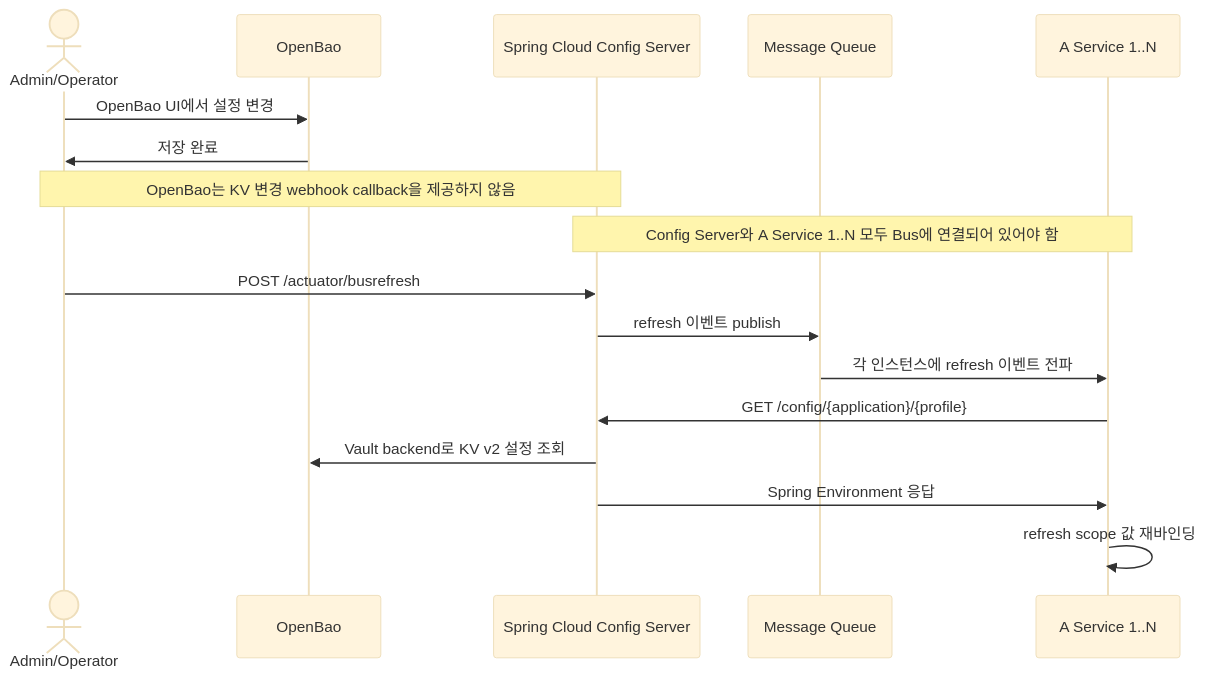
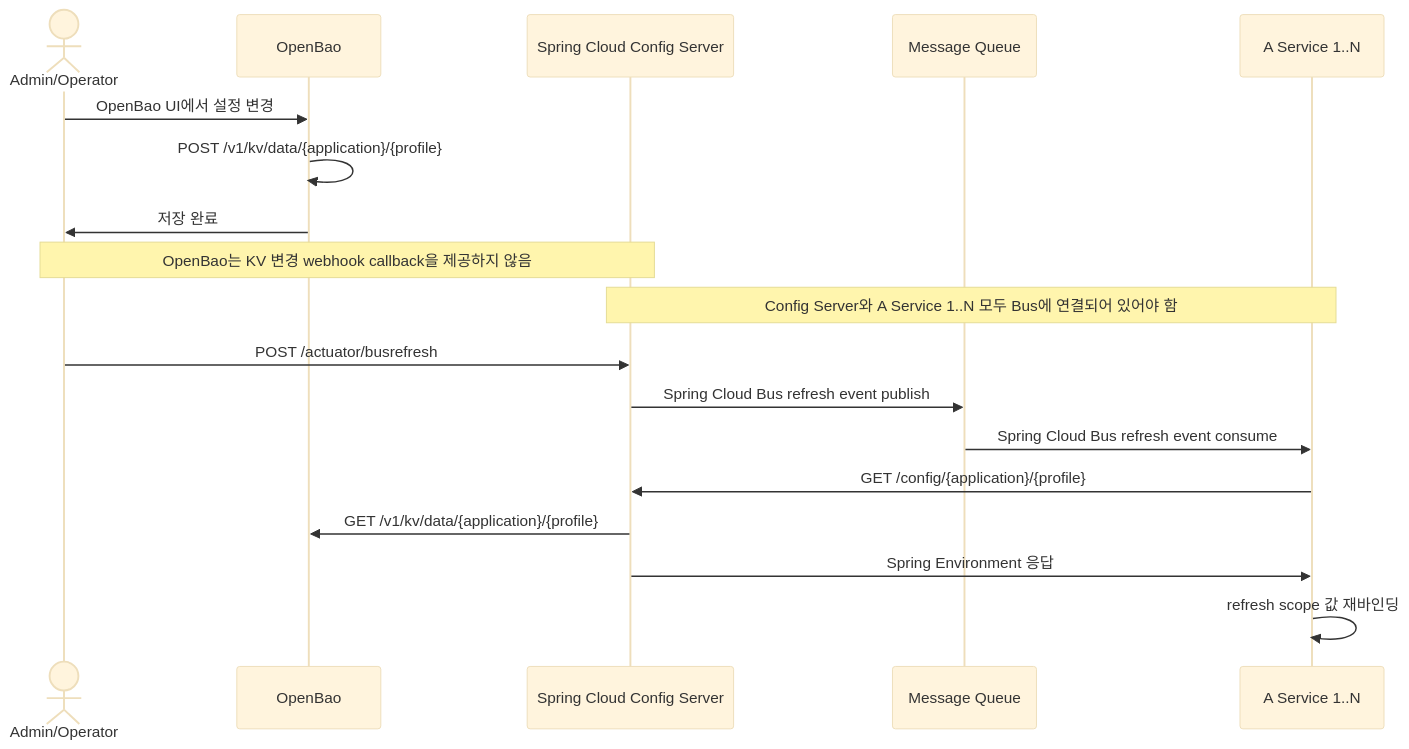
One commit to Hyune-s-lab/my-spring-cloud-config changed the second of 2 diagrams in README.md. Above: the diagram before and after it, drawn with Mermaid (base theme). The commit also changed other lines of this file, not shown here.

Commit message:
docs: annotate sequence api calls

````diff
--- a/README.md
+++ b/README.md
@@ -97,19 +97,20 @@
 ```mermaid
 sequenceDiagram
     actor Admin as Admin/Operator
     participant Bao as OpenBao
     participant Config as Spring Cloud Config Server
     participant Broker as Message Queue
     participant App as A Service 1..N
     Admin ->> Bao: OpenBao UI에서 설정 변경
+    Bao ->> Bao: POST /v1/kv/data/{application}/{profile}
     Bao ->> Admin: 저장 완료
     Note over Admin, Config: OpenBao는 KV 변경 webhook callback을 제공하지 않음
     Note over Config, App: Config Server와 A Service 1..N 모두 Bus에 연결되어 있어야 함
     Admin ->> Config: POST /actuator/busrefresh
-    Config ->> Broker: refresh 이벤트 publish
-    Broker ->> App: 각 인스턴스에 refresh 이벤트 전파
+    Config ->> Broker: Spring Cloud Bus refresh event publish
+    Broker ->> App: Spring Cloud Bus refresh event consume
     App ->> Config: GET /config/{application}/{profile}
-    Config ->> Bao: Vault backend로 KV v2 설정 조회
+    Config ->> Bao: GET /v1/kv/data/{application}/{profile}
     Config ->> App: Spring Environment 응답
     App ->> App: refresh scope 값 재바인딩
 ```
````
